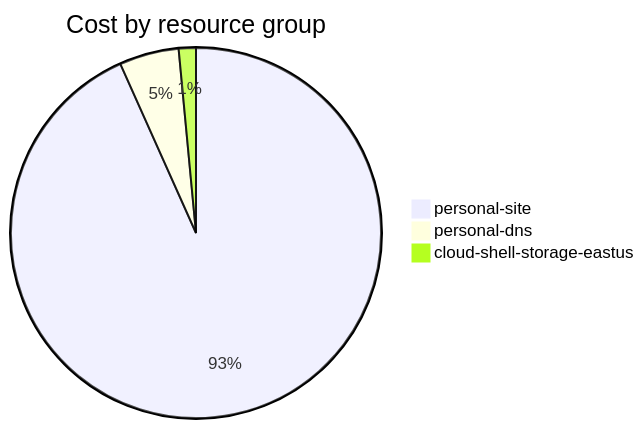
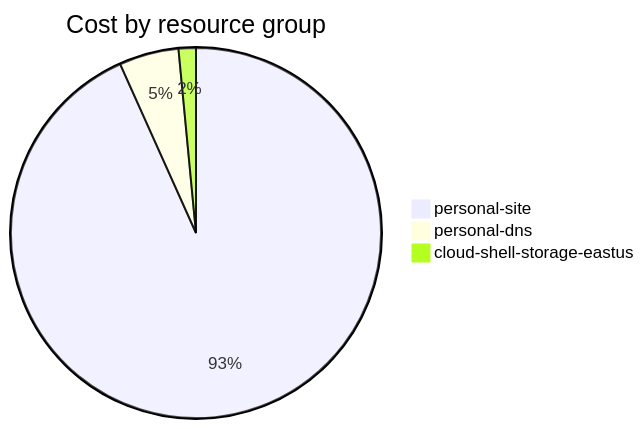
Before and after one commit to jpfulton/azure-personal-reports: the fourth of 4 diagrams in cost-reports/accumulated-cost.md, drawn with Mermaid. The commit also changed other lines of this file and 4 other files, not shown here.

````diff
--- a/cost-reports/accumulated-cost.md
+++ b/cost-reports/accumulated-cost.md
@@ -143,7 +143,7 @@
 ```mermaid
 pie
    title Cost by resource group
-   "personal-site" : 10.59
-   "personal-dns" : 0.59
-   "cloud-shell-storage-eastus" : 0.17
+   "personal-site" : 11.11
+   "personal-dns" : 0.62
+   "cloud-shell-storage-eastus" : 0.18
 ```
````
